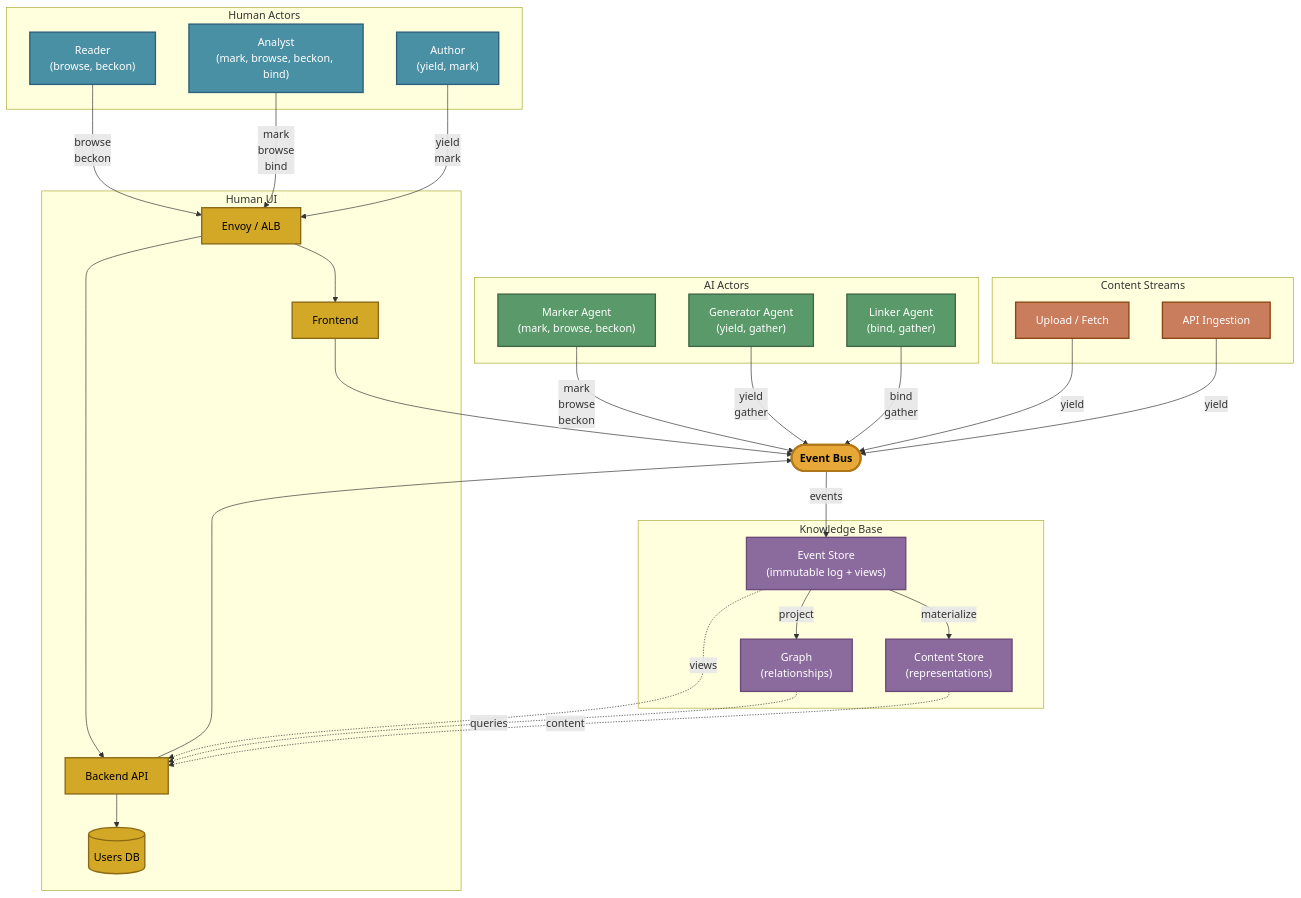
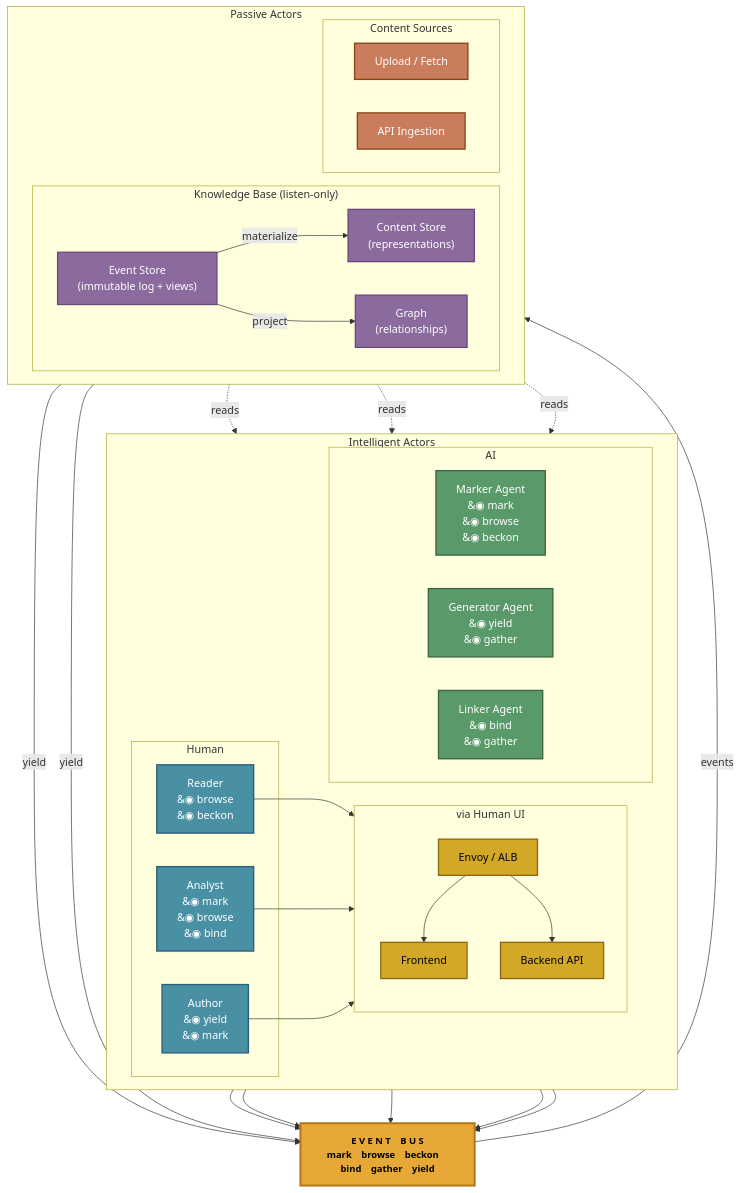
Before and after one commit to The-AI-Alliance/semiont: the diagram in docs/ARCHITECTURE-NEXT.md, drawn with Mermaid.

Commit message:
make bus more prominent

````diff
--- a/docs/ARCHITECTURE-NEXT.md
+++ b/docs/ARCHITECTURE-NEXT.md
@@ -17,90 +17,93 @@
 ```mermaid
 graph TB
     %% ================================================================
-    %% CONTENT STREAMS (top)
+    %% INTELLIGENT ACTORS (above the bus)
     %% ================================================================
-    subgraph content_streams ["Content Streams"]
-        UPLOAD["Upload / Fetch"]
-        INGEST["API Ingestion"]
+    subgraph intelligent ["Intelligent Actors"]
+        direction LR
+
+        subgraph human_actors ["Human"]
+            READER["Reader\n&#9673; browse\n&#9673; beckon"]
+            ANALYST["Analyst\n&#9673; mark\n&#9673; browse\n&#9673; bind"]
+            AUTHOR["Author\n&#9673; yield\n&#9673; mark"]
+        end
+
+        subgraph human_ui ["via Human UI"]
+            direction TB
+            PROXY["Envoy / ALB"]
+            FE["Frontend"]
+            BE["Backend API"]
+        end
+
+        subgraph ai_actors ["AI"]
+            MARKER["Marker Agent\n&#9673; mark\n&#9673; browse\n&#9673; beckon"]
+            GENERATOR["Generator Agent\n&#9673; yield\n&#9673; gather"]
+            LINKER["Linker Agent\n&#9673; bind\n&#9673; gather"]
+        end
     end
 
     %% ================================================================
-    %% INTELLIGENT ACTORS (left and right of bus)
+    %% EVENT BUS (wide horizontal bar in the center)
     %% ================================================================
-    subgraph human_actors ["Human Actors"]
-        READER["Reader\n(browse, beckon)"]
-        ANALYST["Analyst\n(mark, browse, beckon, bind)"]
-        AUTHOR["Author\n(yield, mark)"]
-    end
+    BUS["E V E N T &ensp; B U S\nmark &ensp; browse &ensp; beckon &ensp; bind &ensp; gather &ensp; yield"]
 
-    subgraph ai_actors ["AI Actors"]
-        MARKER["Marker Agent\n(mark, browse, beckon)"]
-        GENERATOR["Generator Agent\n(yield, gather)"]
-        LINKER["Linker Agent\n(bind, gather)"]
+    %% ================================================================
+    %% PASSIVE ACTORS (below the bus)
+    %% ================================================================
+    subgraph passive ["Passive Actors"]
+        direction LR
+
+        subgraph knowledge_base ["Knowledge Base (listen-only)"]
+            EVENTSTORE["Event Store\n(immutable log + views)"]
+            CONTENT["Content Store\n(representations)"]
+            GRAPH["Graph\n(relationships)"]
+        end
+
+        subgraph content_streams ["Content Sources"]
+            UPLOAD["Upload / Fetch"]
+            INGEST["API Ingestion"]
+        end
     end
 
     %% ================================================================
-    %% EVENT BUS (center)
-    %% ================================================================
-    BUS(["Event Bus"])
-
-    %% ================================================================
-    %% HUMAN UI (above bus, but below human actors)
-    %% ================================================================
-    subgraph human_ui ["Human UI"]
-        PROXY["Envoy / ALB"]
-        FE["Frontend"]
-        BE["Backend API"]
-        DB[("Users DB")]
-    end
-
-    %% ================================================================
-    %% KNOWLEDGE BASE (below bus)
-    %% ================================================================
-    subgraph knowledge_base ["Knowledge Base"]
-        CONTENT["Content Store\n(representations)"]
-        EVENTSTORE["Event Store\n(immutable log + views)"]
-        GRAPH["Graph\n(relationships)"]
-    end
-
-    %% ================================================================
-    %% CONNECTIONS
+    %% CONNECTIONS: Intelligent actors → Bus
     %% ================================================================
 
-    %% Content streams yield into the bus
-    UPLOAD -->|yield| BUS
-    INGEST -->|yield| BUS
-
-    %% Human actors interact through the UI, which relays to the bus
-    READER -->|browse\nbeckon| PROXY
-    ANALYST -->|mark\nbrowse\nbind| PROXY
-    AUTHOR -->|yield\nmark| PROXY
-
+    %% Humans go through the UI
+    READER --> PROXY
+    ANALYST --> PROXY
+    AUTHOR --> PROXY
     PROXY --> FE
     PROXY --> BE
     FE --> BUS
     BE --> BUS
-    BE --> DB
 
-    %% AI actors connect directly to the bus (via MCP or API)
-    MARKER -->|mark\nbrowse\nbeckon| BUS
-    GENERATOR -->|yield\ngather| BUS
-    LINKER -->|bind\ngather| BUS
+    %% AI actors connect directly
+    MARKER --> BUS
+    GENERATOR --> BUS
+    LINKER --> BUS
 
-    %% Knowledge base listens to everything, writes nothing back
+    %% ================================================================
+    %% CONNECTIONS: Bus → Passive actors
+    %% ================================================================
+
     BUS -->|events| EVENTSTORE
     EVENTSTORE -->|materialize| CONTENT
     EVENTSTORE -->|project| GRAPH
 
-    %% Knowledge base serves reads (back through the bus or direct)
-    CONTENT -.->|content| BE
-    EVENTSTORE -.->|views| BE
-    GRAPH -.->|queries| BE
+    %% Content sources feed into the bus
+    UPLOAD -->|yield| BUS
+    INGEST -->|yield| BUS
+
+    %% Knowledge base serves reads back up
+    CONTENT -.->|reads| BE
+    EVENTSTORE -.->|reads| BE
+    GRAPH -.->|reads| BE
 
     %% ================================================================
     %% STYLING
     %% ================================================================
-    classDef bus fill:#e8a838,stroke:#b07818,stroke-width:3px,color:#000,font-weight:bold
+    classDef bus fill:#e8a838,stroke:#b07818,stroke-width:3px,color:#000,font-weight:bold,font-size:14px
     classDef human fill:#4a90a4,stroke:#2c5f7a,stroke-width:2px,color:#fff
     classDef ai fill:#5a9a6a,stroke:#3d6644,stroke-width:2px,color:#fff
     classDef ui fill:#d4a827,stroke:#8b6914,stroke-width:2px,color:#000
@@ -110,7 +113,7 @@
     class BUS bus
     class READER,ANALYST,AUTHOR human
     class MARKER,GENERATOR,LINKER ai
-    class PROXY,FE,BE,DB ui
+    class PROXY,FE,BE ui
     class CONTENT,EVENTSTORE,GRAPH kb
     class UPLOAD,INGEST stream
 ```
````
